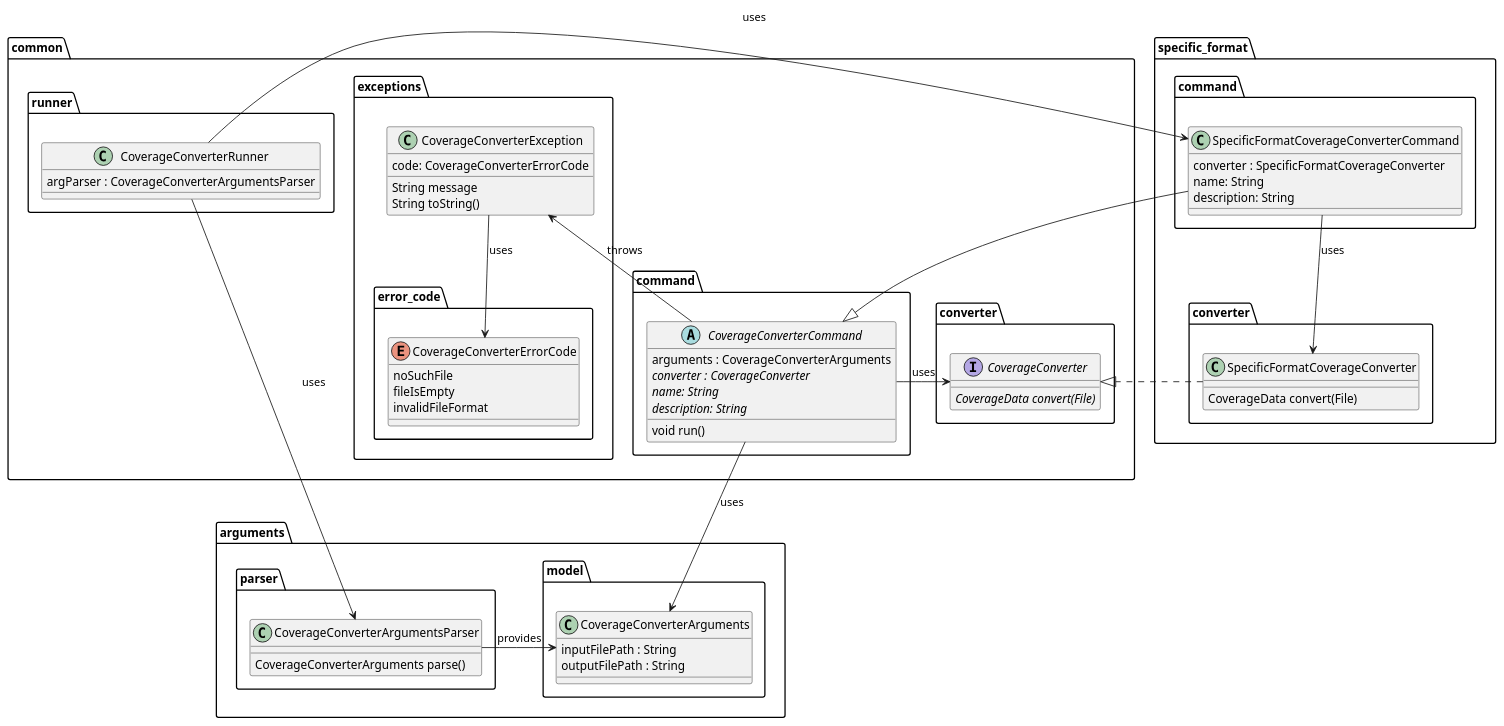
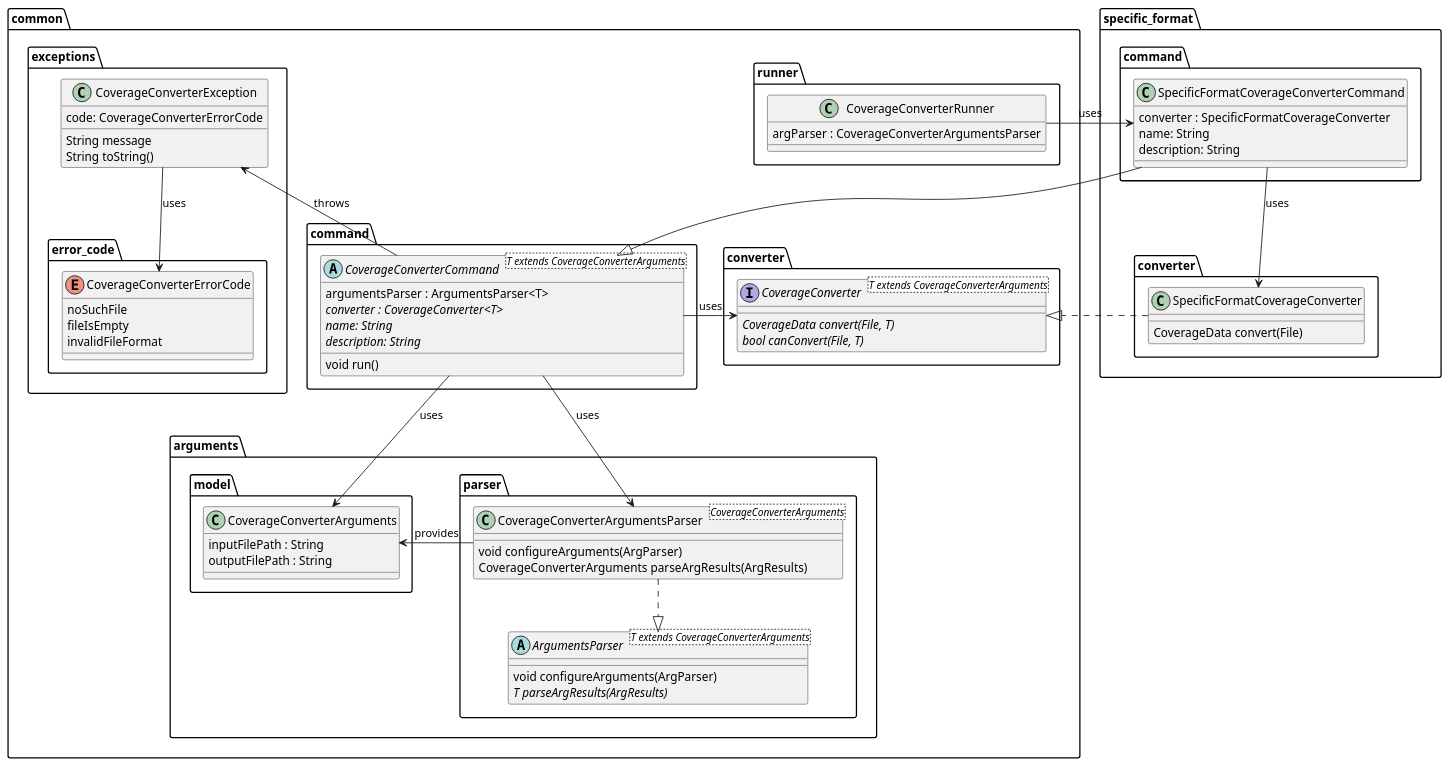
Before and after one commit to Flank/flank-dashboard: the diagram in metrics/coverage_converter/docs/diagrams/coverage_class_diagram.puml, drawn with PlantUML. The commit also changed 3 other files, not shown here.

First line of the commit message:
feat: Improve coverage arguments parsing design (#740)

```diff
--- a/metrics/coverage_converter/docs/diagrams/coverage_class_diagram.puml
+++ b/metrics/coverage_converter/docs/diagrams/coverage_class_diagram.puml
@@ -1,95 +1,105 @@
 @startuml coverage_class_diagram
 
-package arguments {
-    package model {
-        class CoverageConverterArguments {
-            inputFilePath : String
-            outputFilePath : String
+package common {
+    package arguments {
+        package model {
+            class CoverageConverterArguments {
+                inputFilePath : String
+                outputFilePath : String
+            }
+        }
+
+        package parser {
+            class CoverageConverterArgumentsParser<CoverageConverterArguments> {
+                void configureArguments(ArgParser)
+                CoverageConverterArguments parseArgResults(ArgResults)
+            }
+            
+            abstract ArgumentsParser<T extends CoverageConverterArguments> {
+                void configureArguments(ArgParser)
+                {abstract} T parseArgResults(ArgResults)
+            }
         }
     }
 
-    package parser {
-        class CoverageConverterArgumentsParser {
-            CoverageConverterArguments parse()
-        }
-    }
-}
 
-package common {
     package command {
-        abstract CoverageConverterCommand {
-            arguments : CoverageConverterArguments
-            {abstract} converter : CoverageConverter
+        abstract CoverageConverterCommand<T extends CoverageConverterArguments> {
+            argumentsParser : ArgumentsParser<T>
+            {abstract} converter : CoverageConverter<T>
             {abstract} name: String
             {abstract} description: String
             void run()
         }
     }
 
     package converter {
-        interface CoverageConverter {
-            {abstract} CoverageData convert(File)
+        interface CoverageConverter<T extends CoverageConverterArguments> {
+            {abstract} CoverageData convert(File, T)
+            {abstract} bool canConvert(File, T)
         }
     }
 
 
     package runner {
         class CoverageConverterRunner {
             argParser : CoverageConverterArgumentsParser
         }
     }
 
     package exceptions {
         class CoverageConverterException{
             code: CoverageConverterErrorCode
             {method} String message
             String toString()
         }
 
 
         package error_code {
             enum CoverageConverterErrorCode {
                 noSuchFile
                 fileIsEmpty
                 invalidFileFormat
             }
         }
     }
 }
 
 package specific_format {
     package converter as specific_format.converter {
         class SpecificFormatCoverageConverter {
             CoverageData convert(File)
         }
     }
 
     package command as specific_format.command {
         class SpecificFormatCoverageConverterCommand {
             converter : SpecificFormatCoverageConverter
             name: String
             description: String
         }
     }
 }
 
 
 CoverageConverterRunner -right-> SpecificFormatCoverageConverterCommand : uses
-CoverageConverterRunner --> CoverageConverterArgumentsParser : uses
 
 CoverageConverterArgumentsParser -left-> CoverageConverterArguments : provides
+CoverageConverterArgumentsParser ..|> ArgumentsParser
+
 
 SpecificFormatCoverageConverterCommand --> SpecificFormatCoverageConverter : uses
 SpecificFormatCoverageConverterCommand --|> CoverageConverterCommand
 
 SpecificFormatCoverageConverter .down.|> CoverageConverter
 
 CoverageConverterCommand --> CoverageConverterArguments : uses
 CoverageConverterCommand -left-> CoverageConverter : uses
 CoverageConverterCommand -up-> CoverageConverterException : throws
+CoverageConverterCommand --> CoverageConverterArgumentsParser : uses
 
 CoverageConverterException --> CoverageConverterErrorCode : uses
 
 
 
 @enduml
```
